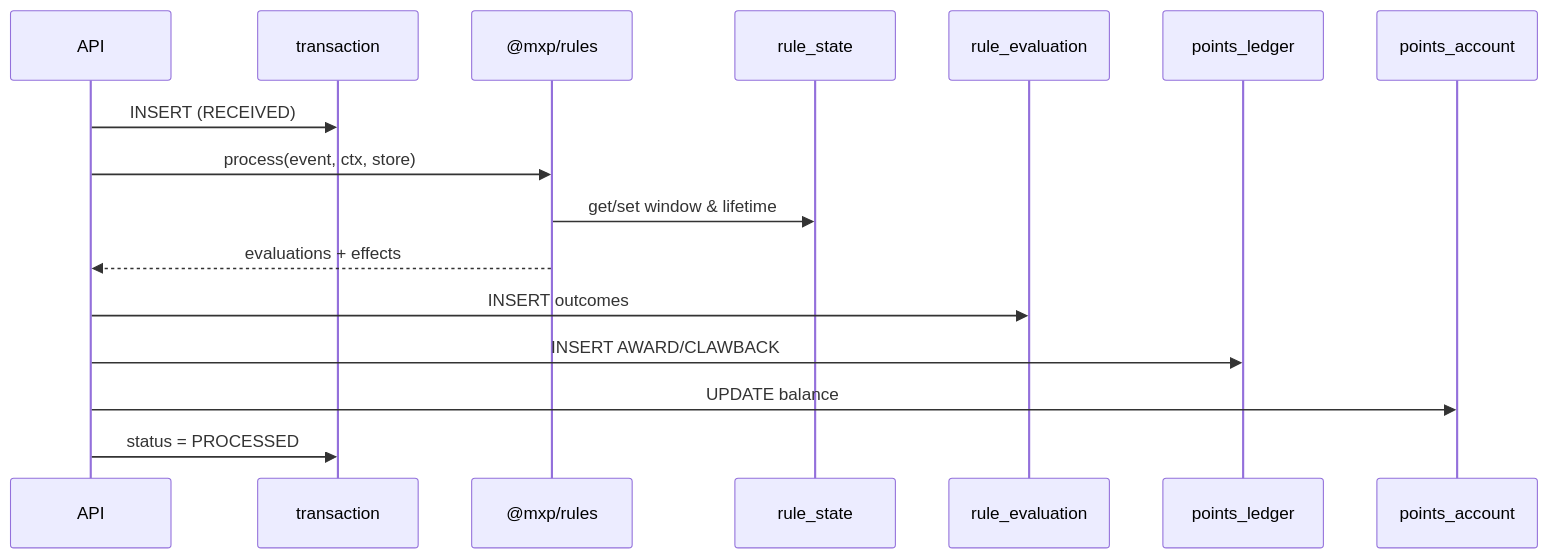
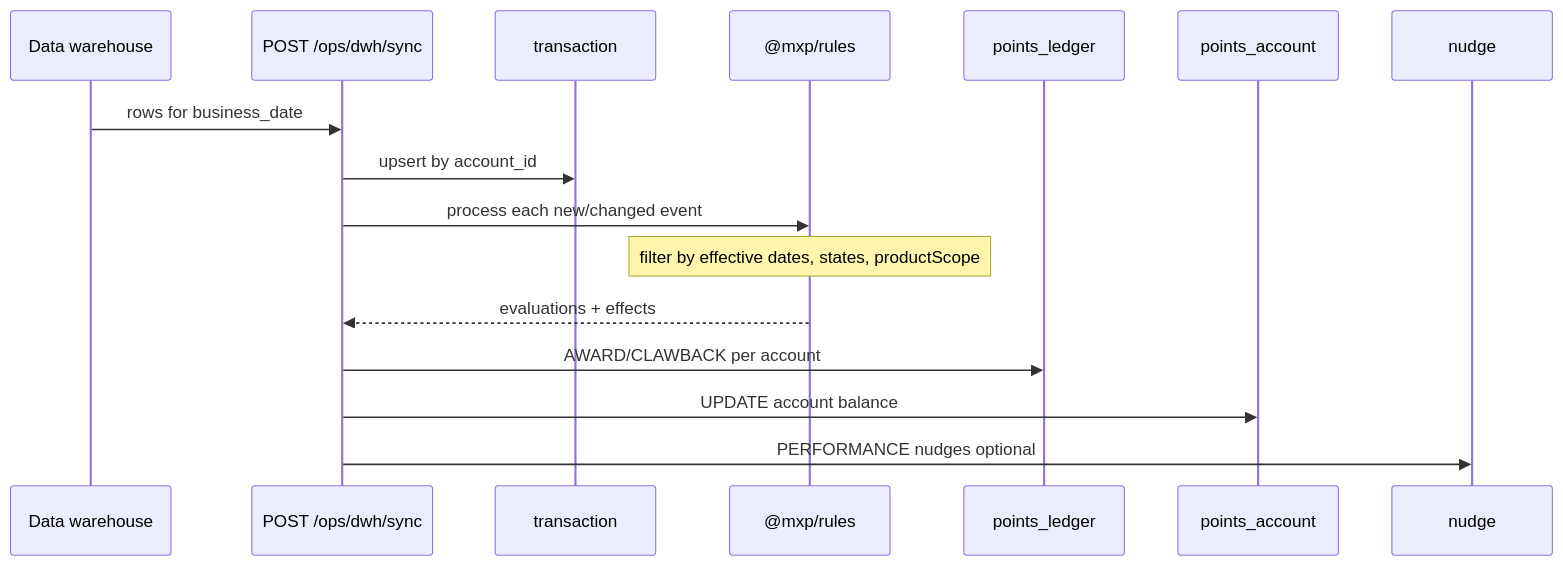
Before and after one commit to skumar2011/mxp-platform: the third of 3 diagrams in docs/erd.md, drawn with Mermaid. The commit also changed other lines of this file and 20 other files, not shown here.

First line of the commit message:
Move to account-centric schema v5 with DWH sync and geo/product targeting.

````diff
--- a/docs/erd.md
+++ b/docs/erd.md
@@ -247,19 +256,19 @@
 ```mermaid
 sequenceDiagram
-  participant API
+  participant DWH as Data warehouse
+  participant API as POST /ops/dwh/sync
   participant TXN as transaction
   participant ENG as @mxp/rules
-  participant ST as rule_state
-  participant EV as rule_evaluation
   participant PL as points_ledger
   participant PA as points_account
+  participant N as nudge
 
-  API->>TXN: INSERT (RECEIVED)
-  API->>ENG: process(event, ctx, store)
-  ENG->>ST: get/set window & lifetime
+  DWH->>API: rows for business_date
+  API->>TXN: upsert by account_id
+  API->>ENG: process each new/changed event
+  Note over ENG: filter by effective dates, states, productScope
   ENG-->>API: evaluations + effects
-  API->>EV: INSERT outcomes
-  API->>PL: INSERT AWARD/CLAWBACK
-  API->>PA: UPDATE balance
-  API->>TXN: status = PROCESSED
+  API->>PL: AWARD/CLAWBACK per account
+  API->>PA: UPDATE account balance
+  API->>N: PERFORMANCE nudges optional
 ```
````
